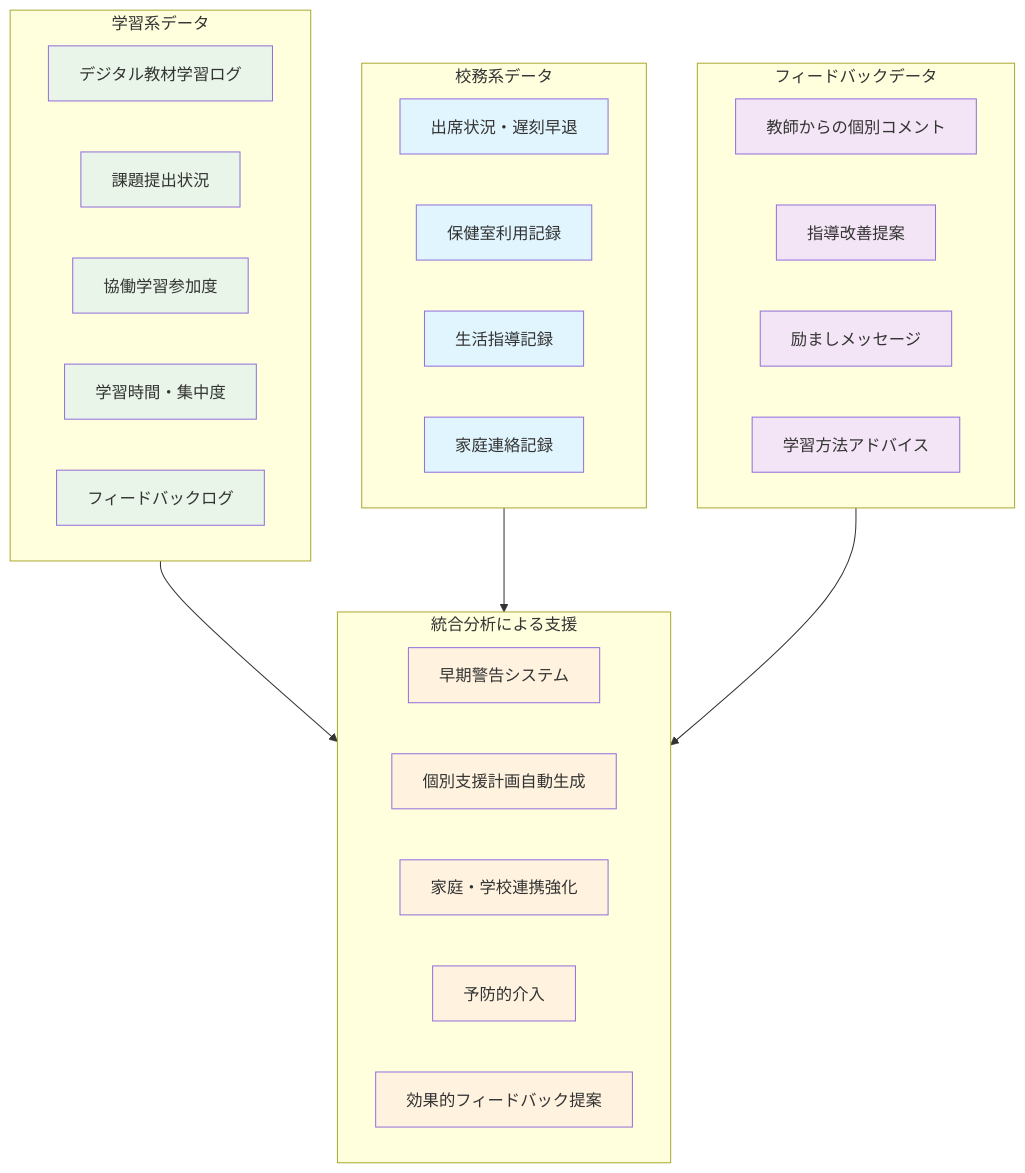
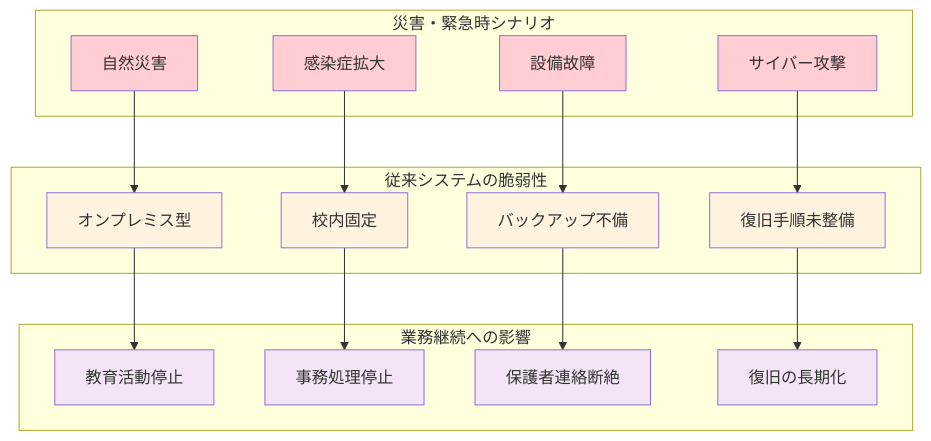
Before and after one commit to nahisaho/zenn-writing-collection: the fifth of 8 diagrams in books/d87165478af519/chapter03.md, drawn with Mermaid. The commit also changed other lines of this file and 17 other files, not shown here.

````diff
--- a/books/d87165478af519/chapter03.md
+++ b/books/d87165478af519/chapter03.md
@@ -397,46 +258,41 @@
 ```mermaid
-graph TB
-    subgraph LearningData["学習系データ"]
-        A[デジタル教材学習ログ]
-        B[課題提出状況]
-        C[協働学習参加度]
-        D[学習時間・集中度]
-        E[フィードバックログ]
+graph TD
+    subgraph DisasterScenario["災害・緊急時シナリオ"]
+        A[自然災害]
+        B[感染症拡大]
+        C[設備故障]
+        D[サイバー攻撃]
     end
     
-    subgraph SchoolData["校務系データ"]
-        F[出席状況・遅刻早退]
-        G[保健室利用記録]
-        H[生活指導記録]
-        I[家庭連絡記録]
+    subgraph CurrentSystem["従来システムの脆弱性"]
+        E[オンプレミス型]
+        F[校内固定]
+        G[バックアップ不備]
+        H[復旧手順未整備]
     end
     
-    subgraph FeedbackData["フィードバックデータ"]
-        J[教師からの個別コメント]
-        K[指導改善提案]
-        L[励ましメッセージ]
-        M[学習方法アドバイス]
+    subgraph Consequences["業務継続への影響"]
+        I[教育活動停止]
+        J[事務処理停止]
+        K[保護者連絡断絶]
+        L[復旧の長期化]
     end
     
-    subgraph IntegratedSupport["統合分析による支援"]
-        N[早期警告システム]
-        O[個別支援計画自動生成]
-        P[家庭・学校連携強化]
-        Q[予防的介入]
-        R[効果的フィードバック提案]
-    end
+    A --> E
+    B --> F
+    C --> G
+    D --> H
     
-    LearningData --> IntegratedSupport
-    SchoolData --> IntegratedSupport
-    FeedbackData --> IntegratedSupport
+    E --> I
+    F --> J
+    G --> K
+    H --> L
     
-    classDef learningStyle fill:#e8f5e8
-    classDef schoolStyle fill:#e1f5fe
-    classDef feedbackStyle fill:#f3e5f5
-    classDef supportStyle fill:#fff3e0
+    classDef disasterStyle fill:#ffcdd2
+    classDef systemStyle fill:#fff3e0
+    classDef consequenceStyle fill:#f3e5f5
     
-    class A,B,C,D,E learningStyle
-    class F,G,H,I schoolStyle
-    class J,K,L,M feedbackStyle
-    class N,O,P,Q,R supportStyle
+    class A,B,C,D disasterStyle
+    class E,F,G,H systemStyle
+    class I,J,K,L consequenceStyle
 ```
````
